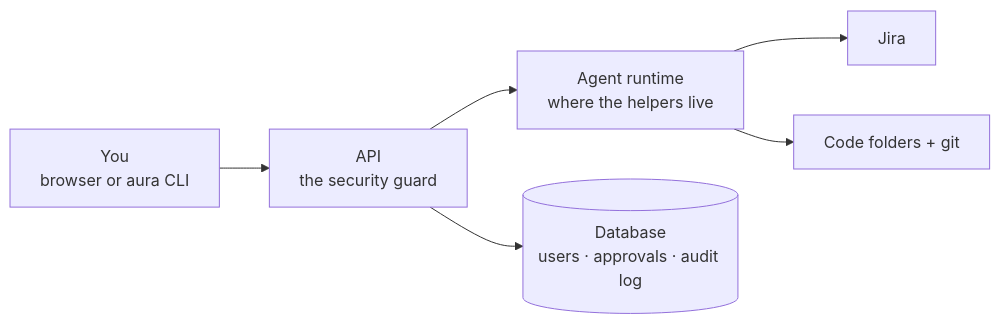
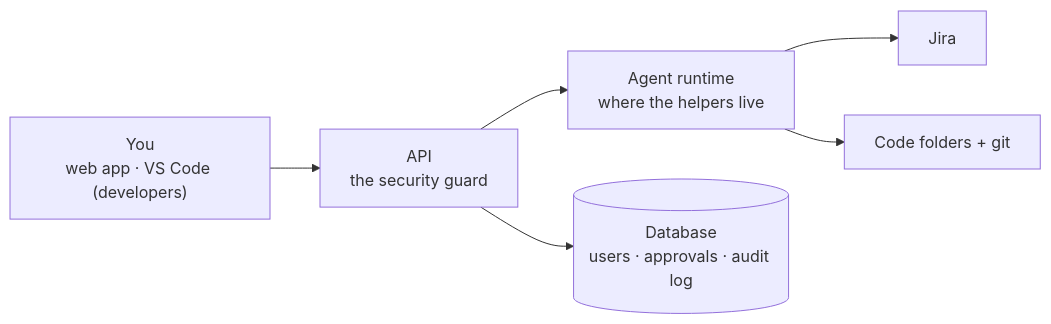
Before and after one commit to HasithaErandika/aura: the second of 3 diagrams in docs/story.md, drawn with Mermaid. The commit also changed other lines of this file and 27 other files, not shown here.

First line of the commit message:
feat: runtime state in Postgres (Part B); remove the aura CLI

````diff
--- a/docs/story.md
+++ b/docs/story.md
@@ -48,8 +48,8 @@
 ```mermaid
 flowchart LR
-    YOU["You<br/>browser or aura CLI"] --> API["API<br/>the security guard"]
+    YOU["You<br/>web app · VS Code (developers)"] --> API["API<br/>the security guard"]
     API --> RT["Agent runtime<br/>where the helpers live"]
     RT --> JIRA["Jira"]
     RT --> CODE["Code folders + git"]
     API --> DB[("Database<br/>users · approvals · audit log")]
 ```
````
